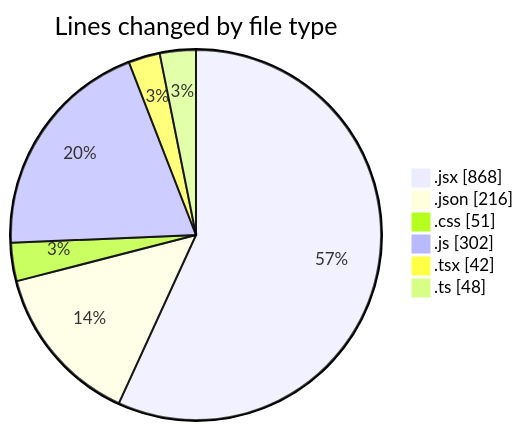
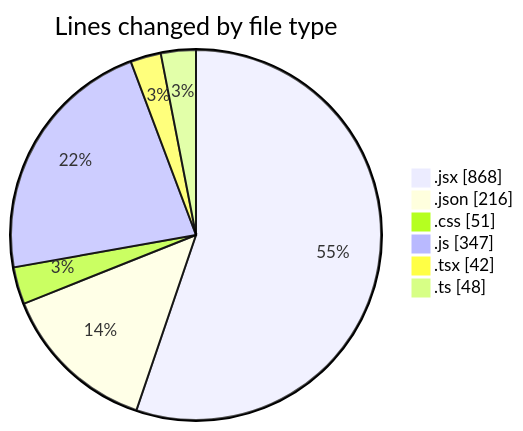
The first of 2 diagrams in 2026-03-19/commonwealth-front-end-task/README.md (momahboobian/code-tracking), drawn with Mermaid before and after one commit. The commit also changed other lines of this file and 1 other file, not shown here.

````diff
--- a/2026-03-19/commonwealth-front-end-task/README.md
+++ b/2026-03-19/commonwealth-front-end-task/README.md
@@ -37,10 +38,10 @@
 ```mermaid
 pie showData
 title Lines changed by file type
 ".jsx" : 868
 ".json" : 216
 ".css" : 51
-".js" : 302
+".js" : 347
 ".tsx" : 42
 ".ts" : 48
 ```
````
